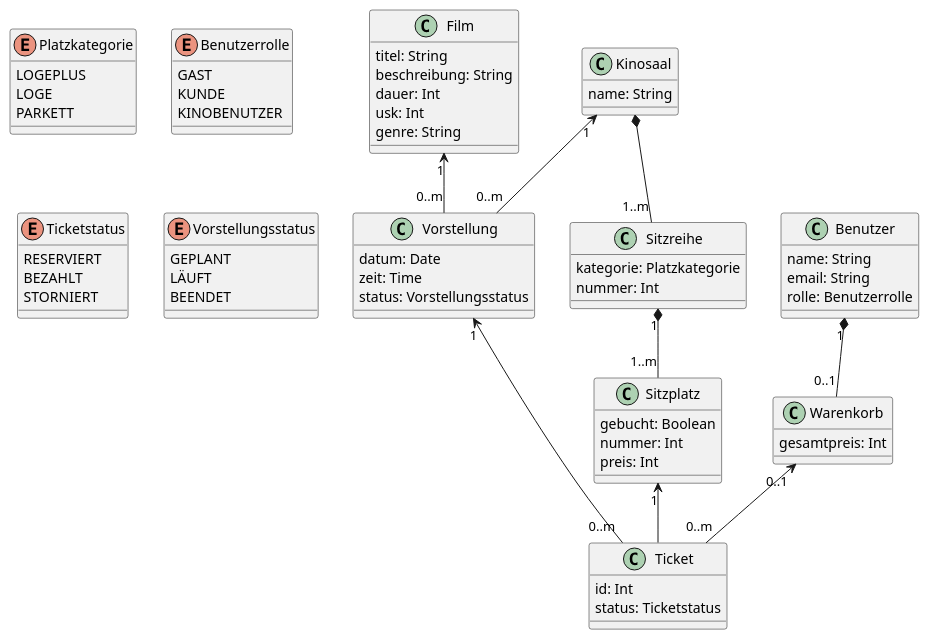
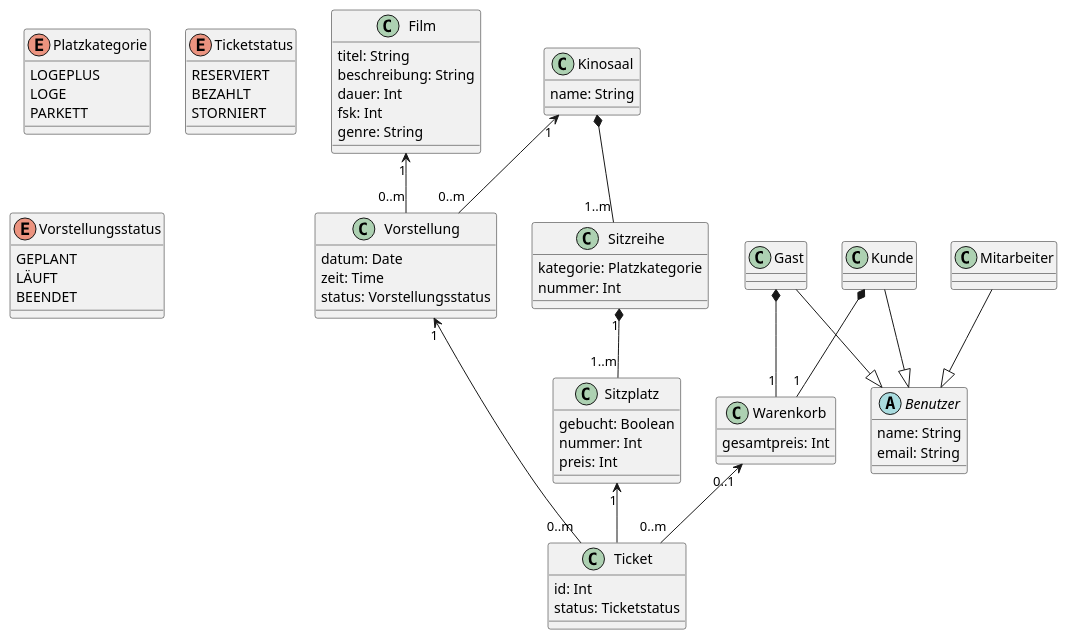
Before and after one commit to Rafael131203/InfoInfraKinoverwaltung: the diagram in plantuml/KinoModell.puml, drawn with PlantUML.

```diff
--- a/plantuml/KinoModell.puml
+++ b/plantuml/KinoModell.puml
@@ -1,83 +1,88 @@
 @startuml
 'https://plantuml.com/class-diagram
 
 Film "1" <-- "0..m" Vorstellung
 Kinosaal "1" <-- "0..m" Vorstellung
 Vorstellung "1" <-- "0..m" Ticket
 Sitzreihe "1" *-- "1..m" Sitzplatz
 Kinosaal *-- "1..m" Sitzreihe
 Warenkorb "0..1" <-- "0..m" Ticket
 Sitzplatz "1" <-- Ticket
-Benutzer "1" *-- "0..1" Warenkorb
+
+
+Gast *-- "1" Warenkorb
+Kunde *-- "1" Warenkorb
+
+Gast --|> Benutzer
+Kunde --|> Benutzer
+Mitarbeiter --|> Benutzer
 
 class Film {
 titel: String
 beschreibung: String
 dauer: Int
-usk: Int
+fsk: Int
 genre: String
 'play()
 }
 
 class Kinosaal {
 name: String
 }
 
 class Vorstellung {
 datum: Date
 zeit: Time
 status: Vorstellungsstatus
 }
 
 class Sitzreihe{
 kategorie: Platzkategorie
 nummer: Int
 }
 
 class Sitzplatz{
 gebucht: Boolean
 nummer: Int
 preis: Int
 }
 
 class Ticket{
 id: Int
 status: Ticketstatus
 }
 
-class Warenkorb{
-gesamtpreis: Int
-}
 
 enum Platzkategorie{
 LOGEPLUS
 LOGE
 PARKETT
 }
 
-class Benutzer {
-name: String
-email: String
-rolle: Benutzerrolle
+abstract class Benutzer {
+  name: String
+  email: String
 }
 
-enum Benutzerrolle {
-GAST
-KUNDE
-KINOBENUTZER
+class Gast
+class Kunde
+class Mitarbeiter
+class Warenkorb {
+  gesamtpreis: Int
 }
+
 
 enum Ticketstatus {
 RESERVIERT
 BEZAHLT
 STORNIERT
 }
 
 enum Vorstellungsstatus {
 GEPLANT
 LÄUFT
 BEENDET
 }
 
 
 @enduml
```
